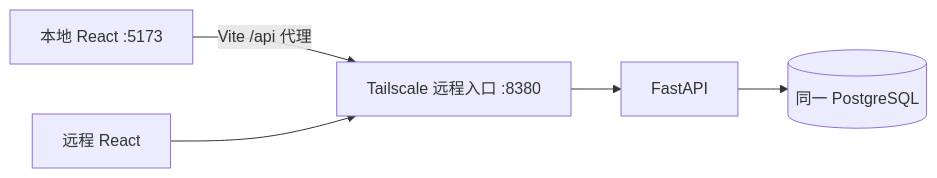
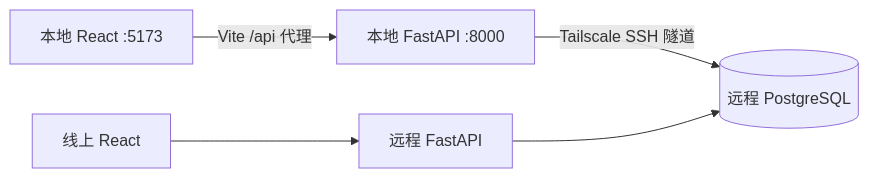
One commit to Masterora/bankpilot-agent changed the second of 2 diagrams in docs/RUNBOOK.md. Above: the diagram before and after it, drawn with Mermaid. The commit also changed other lines of this file and 64 other files, not shown here.

````diff
--- a/docs/RUNBOOK.md
+++ b/docs/RUNBOOK.md
@@ -36,7 +38,7 @@
 ```mermaid
 flowchart LR
-    LW[本地 React :5173] -->|Vite /api 代理| TW[Tailscale 远程入口 :8380]
-    RW[远程 React] --> TW
-    TW --> A[FastAPI]
-    A --> P[(同一 PostgreSQL)]
+    LW[本地 React :5173] -->|Vite /api 代理| LA[本地 FastAPI :8000]
+    LA -->|Tailscale SSH 隧道| P[(远程 PostgreSQL)]
+    RW[线上 React] --> RA[远程 FastAPI]
+    RA --> P
 ```
````
